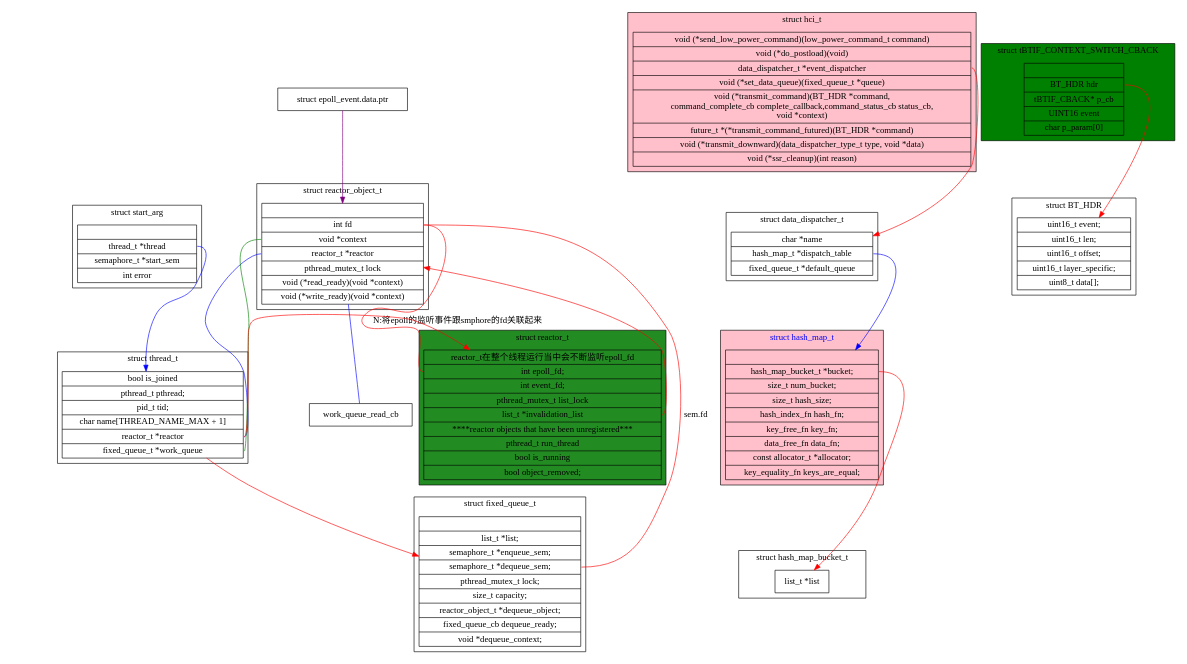
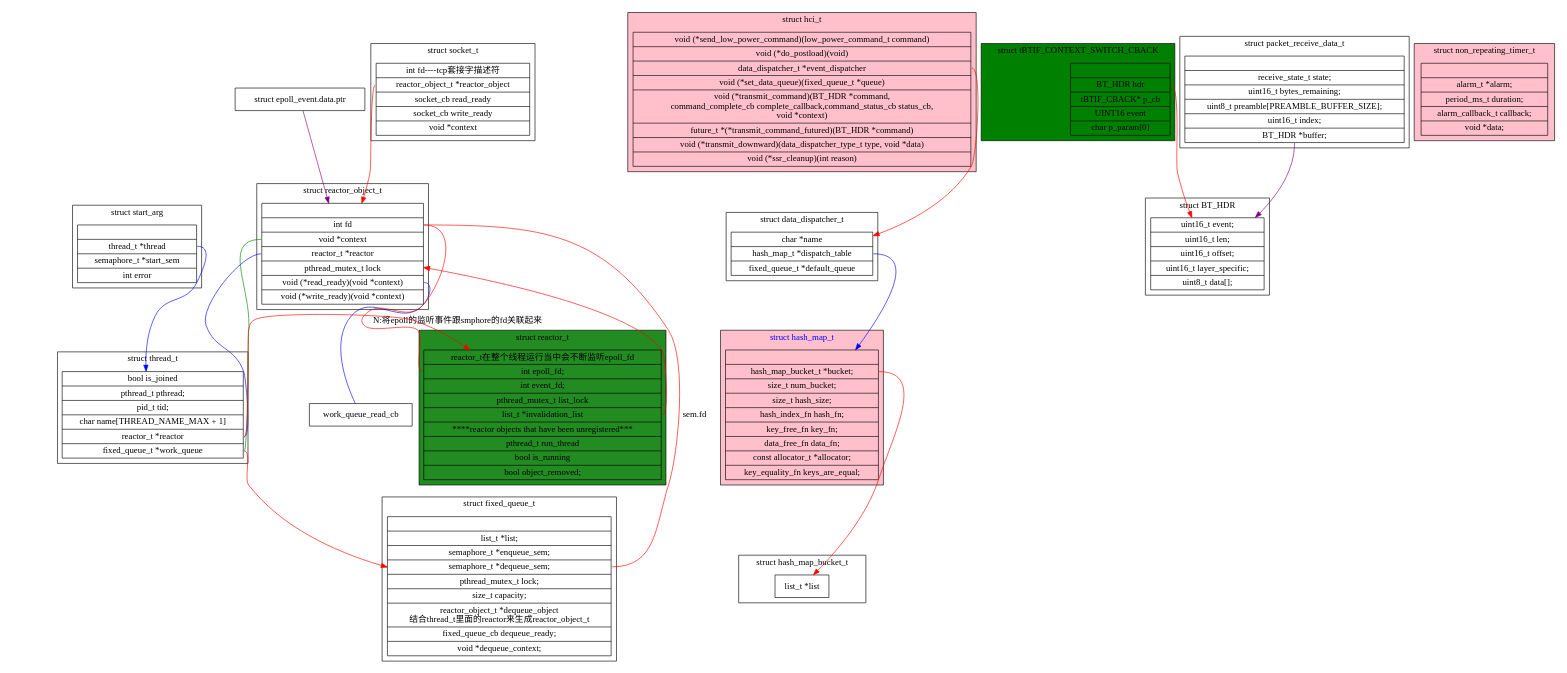
The diagram in graphviz/bluetooth/bluedroid.dot (YsuXia/Debian-Learning), drawn with Graphviz before and after one commit. The commit also changed 4 other files, not shown here.

```diff
--- a/graphviz/bluetooth/bluedroid.dot
+++ b/graphviz/bluetooth/bluedroid.dot
@@ -1,158 +1,195 @@
 digraph bluedroid{
 	node[shape=record];
 
 	subgraph cluster_struct_start_arg{
 		label="struct start_arg";
 		"struct start_arg"[label="{
 		|<thread>thread_t *thread
 		|semaphore_t *start_sem
 		|int error
 		}"];
 	}
 
 	node01[style=invisible];
 	node02[style=invisible];
 	"struct start_arg"->node01[arrowhead=none style=invisible];
 	"struct reactor_object_t"->node02[arrowhead=none style=invisible];
 	"struct epoll_event.data.ptr"->"struct reactor_object_t"[color=purple];
 
 	subgraph cluster_struct_reactor_object_t{
 		label="struct reactor_object_t";
 		"struct reactor_object_t"[label="{
 		|<fd>int fd
 		|<context>void *context
 		|<reactor>reactor_t *reactor
 		|pthread_mutex_t lock
-		|void (*read_ready)(void *context)
+		|<read_ready>void (*read_ready)(void *context)
 		|void (*write_ready)(void *context)
 		}"];
 	}
 	"struct reactor_object_t":reactor->"struct thread_t":reactor[arrowhead=none color=blue];
 	"struct reactor_object_t":context->"struct thread_t":work_queue[arrowhead=none color=green];
 	"struct reactor_object_t":read_ready->"work_queue_read_cb"[arrowhead=none color=blue];
 	"struct reactor_object_t":fd->"struct reactor_t":epoll[arrowhead=none color=red label="N:将epoll的监听事件跟smphore的fd关联起来"]
 	"struct start_arg":thread->"struct thread_t"[color=blue];
 	subgraph cluster_struct_thread_t {
 		label="struct thread_t";
 		"struct thread_t"[label="{
 		bool is_joined
 		|pthread_t pthread;
 		|pid_t tid;
 		|char name[THREAD_NAME_MAX + 1] 
 		|<reactor>reactor_t *reactor
 		|<work_queue>fixed_queue_t *work_queue
 		}"];
 	}
 	node03[style=invisible];
 	node04[style=invisible];
 	"struct thread_t"->node03[arrowhead=none style=invisible];
 	"struct thread_t"->node04[arrowhead=none style=invisible];
 	"struct thread_t":reactor->"struct reactor_t"[color=red];
-	"struct thread_t":fixed_queue->"struct fixed_queue_t"[color=red];
+	"struct thread_t":work_queue->"struct fixed_queue_t"[color=red];
 
 	subgraph cluster_struct_reactor_t{
 		label="struct reactor_t";
 		bgcolor=forestgreen;
 		"struct reactor_t"[label="{
 		 reactor_t在整个线程运行当中会不断监听epoll_fd
 		|<epoll>int epoll_fd;
 		|int event_fd;
 		|pthread_mutex_t list_lock
 		|<invalide>list_t *invalidation_list
 		|****reactor objects that have been unregistered***
 		|pthread_t run_thread
 		|bool is_running
 		|bool object_removed;
 		}"];
 	}
 	"struct reactor_t":invalide->"struct reactor_object_t"[color=red];
 
 	subgraph cluster_fixed_queue_t{
 		label="struct fixed_queue_t";
 		"struct fixed_queue_t"[label="{
 		|list_t *list;
 		|semaphore_t *enqueue_sem;
 		|<dequeue_sem>semaphore_t *dequeue_sem;
 		|pthread_mutex_t lock;
 		|size_t capacity;
-		|reactor_object_t *dequeue_object;
+		|reactor_object_t *dequeue_object\n
+		结合thread_t里面的reactor来生成reactor_object_t
 		|fixed_queue_cb dequeue_ready;
 		|void *dequeue_context;
 		}"
 		];
 	}
 	"struct reactor_object_t":fd->"struct fixed_queue_t":dequeue_sem[label="sem.fd" arrowhead=none color=red];
 	subgraph cluster_struct_hash_map_t{
 		label="struct hash_map_t";
 		bgcolor="pink";
 		fontcolor="blue";
 		"struct hash_map_t"[label="{
 		|<bucket>hash_map_bucket_t *bucket;                                                        
 		|size_t num_bucket;                                                                
 		|size_t hash_size;                                                                 
 		|hash_index_fn hash_fn;                                                            
 		|key_free_fn key_fn;                                                               
 		|data_free_fn data_fn;                                                             
 		|const allocator_t *allocator;                                                     
 		|key_equality_fn keys_are_equal;
 		}"];
 	}
 
 	"struct hash_map_t":bucket->"struct hash_map_bucket_t"[color=red];
 
 	subgraph cluster_struct_hash_map_bucket_t{
 		label="struct hash_map_bucket_t";
 		"struct hash_map_bucket_t"[label="{
 			list_t *list
 		}"];
 	}
 
 	subgraph cluster_struct_hci_t{
 		label="struct hci_t";
 		bgcolor="pink";
 		"struct hci_t"[label="{
 			void (*send_low_power_command)(low_power_command_t command)
 			|void (*do_postload)(void)
 			|<data_dispatcher>data_dispatcher_t *event_dispatcher
 			|void (*set_data_queue)(fixed_queue_t *queue)
 			|void (*transmit_command)(BT_HDR *command,
 			\ncommand_complete_cb complete_callback,command_status_cb status_cb,
 			\nvoid *context)
 			|future_t *(*transmit_command_futured)(BT_HDR *command)
 			|void (*transmit_downward)(data_dispatcher_type_t type, void *data)
 			|void (*ssr_cleanup)(int reason)
 		}"];
 	}
 	subgraph cluster_struct_data_dispatcher_t{
 		label="struct data_dispatcher_t";
 		"strcut data_dispatcher_t"[label="{
 			char *name
 			|<table>hash_map_t *dispatch_table
 			|fixed_queue_t *default_queue
 		}"];
 	}
 	"struct hci_t":data_dispatcher->"strcut data_dispatcher_t"[color=red];
 	"strcut data_dispatcher_t":table->"struct hash_map_t"[color=blue];
 	subgraph cluster_struct_tBTIF_CONTEXT_SWITCH_CBACK{
 		label="struct tBTIF_CONTEXT_SWITCH_CBACK";
 		bgcolor="green";
 		"struct tBTIF_CONTEXT_SWITCH_CBACK"[label="{
 		|<hdr>BT_HDR               hdr
     	|tBTIF_CBACK*         p_cb
     	|UINT16               event
     	|char                 p_param[0]
 		}"];
 	}
 	subgraph cluster_struct_BT_HDR{
 		label="struct BT_HDR";
 		"struct BT_HDR"[label="{
 		uint16_t      event;
     	|uint16_t          len;
     	|uint16_t          offset;
     	|uint16_t          layer_specific;
     	|uint8_t           data[];
 	}"];
 	}
 	"struct tBTIF_CONTEXT_SWITCH_CBACK":hdr->"struct BT_HDR"[color=red];
+	subgraph cluster_struct_non_repeating_timer_t{
+		label="struct non_repeating_timer_t";
+		bgcolor="pink";
+		"struct non_repeating_timer_t"[label="{
+	|alarm_t *alarm;
+  	|period_ms_t duration;
+  	|alarm_callback_t callback;
+  	|void *data;
+		}
+		"];
+	}
+
+	subgraph cluster_struct_packet_receive_data_t{
+		label="struct packet_receive_data_t";
+		"struct packet_receive_data_t"[label="{
+	|receive_state_t state;
+  |uint16_t bytes_remaining;
+  |uint8_t preamble[PREAMBLE_BUFFER_SIZE];
+  |uint16_t index;
+  |<buffer>BT_HDR *buffer;
+	}"];
+	}
+	"struct packet_receive_data_t":buffer->"struct BT_HDR"[color=purple];
+
+	subgraph cluster_struct_socket_t{
+		label="struct socket_t";
+		"struct socket_t"[label="{
+			int fd----tcp套接字描述符
+		|<reactor>reactor_object_t *reactor_object
+		|socket_cb read_ready
+		|socket_cb write_ready
+		|void *context
+		}"];
+	}
+	"struct socket_t":reactor->"struct reactor_object_t"[color=red];
+
 
 }
```
